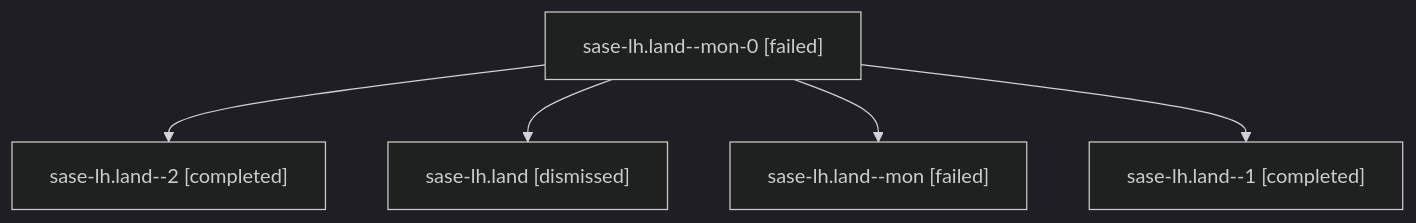
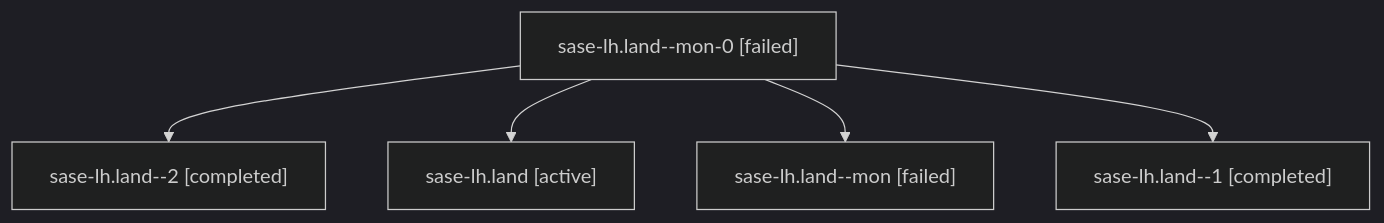
Before and after one commit to sase-org/sase--agents: the diagram in families/bbugyi200.athena.sase-lh.land.md, drawn with Mermaid (dark theme). The commit also changed other lines of this file and 35830 other files, not shown here.

````diff
--- a/families/bbugyi200.athena.sase-lh.land.md
+++ b/families/bbugyi200.athena.sase-lh.land.md
@@ -9,12 +9,12 @@
 ```mermaid
 flowchart TD
   n0["sase-lh.land--mon-0 [failed]"]
   n1["sase-lh.land--2 [completed]"]
   n0 --> n1
-  n2["sase-lh.land [dismissed]"]
+  n2["sase-lh.land [active]"]
   n0 --> n2
   n3["sase-lh.land--mon [failed]"]
   n0 --> n3
   n4["sase-lh.land--1 [completed]"]
   n0 --> n4
 ```
````
